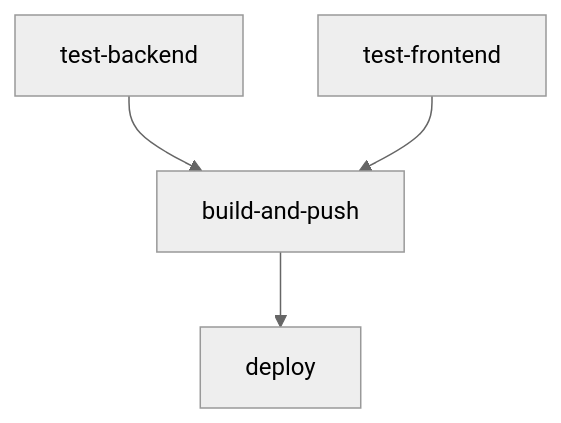
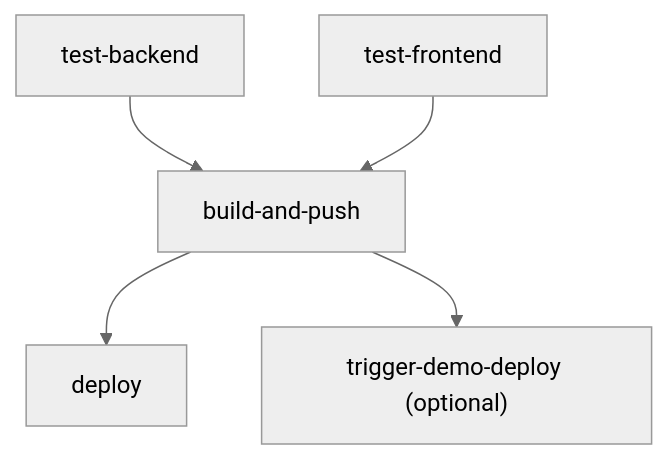
One commit to health-assistant-io/health-assistant changed the diagram in docs/CI_CD_SETUP.md. Above: the diagram before and after it, drawn with Mermaid (neutral theme). The commit also changed other lines of this file and 1 other file, not shown here.

First line of the commit message:
feat(ci): optional demo auto-deploy via SSH after image push

````diff
--- a/docs/CI_CD_SETUP.md
+++ b/docs/CI_CD_SETUP.md
@@ -11,6 +11,7 @@
 ```mermaid
 flowchart TD
     A[test-backend] --> C[build-and-push]
     B[test-frontend] --> C
     C --> D[deploy]
+    C --> E["trigger-demo-deploy (optional)"]
 ```
````
